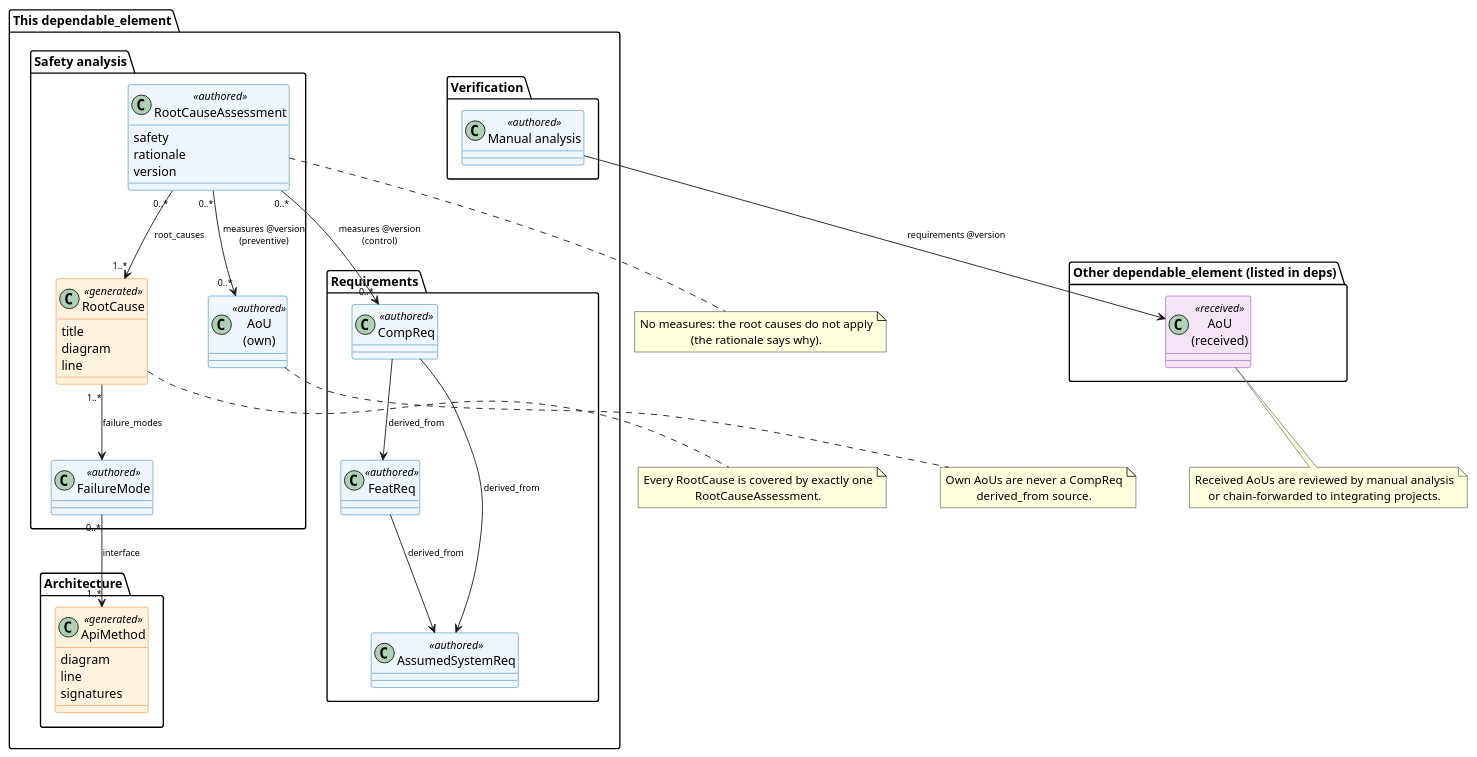
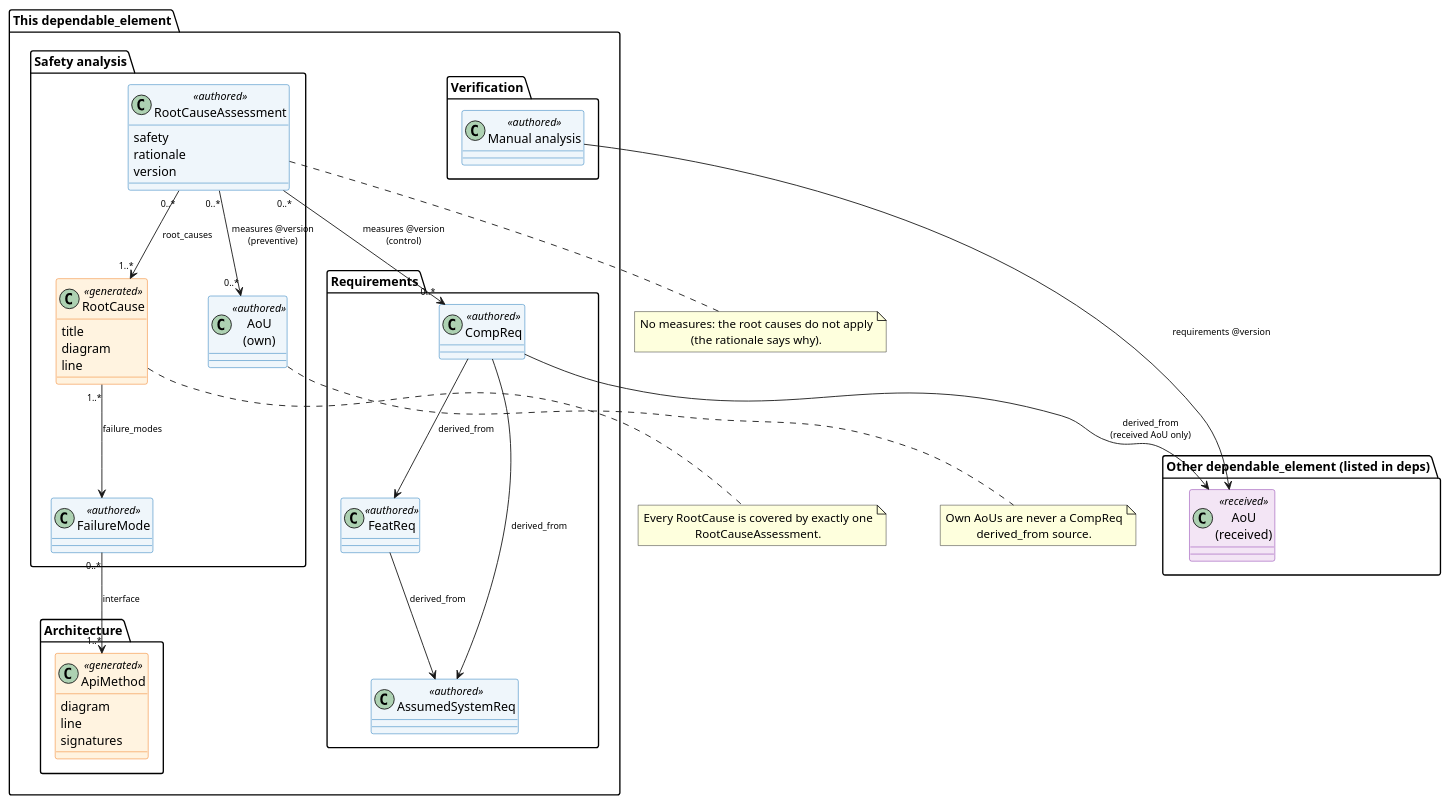
Before and after one commit to eclipse-score/tooling: the diagram in bazel/rules/rules_score/docs/_assets/safety_analysis_linkage.puml, drawn with PlantUML. The commit also changed 50 other files, not shown here.

First line of the commit message:
Cover received AoUs via CompReq derived_from or manual analysis

```diff
--- a/bazel/rules/rules_score/docs/_assets/safety_analysis_linkage.puml
+++ b/bazel/rules/rules_score/docs/_assets/safety_analysis_linkage.puml
@@ -14,96 +14,92 @@
 @startuml safety_analysis_linkage
 
-' Safety-analysis record linkage and received-AoU verification. Arrows point
-' from the referencing artifact to its referenced record.
+' Record linkage of a dependable element's safety analysis.  Arrows point from
+' the referencing record to the referenced one; the label is the TRLC field.
 
 skinparam ArrowFontSize 10
 skinparam defaultTextAlignment center
 skinparam nodesep 60
 skinparam ranksep 70
 
 skinparam class {
     BackgroundColor<<authored>> #EFF6FB
     BorderColor<<authored>>     #0066B1
     BackgroundColor<<generated>> #FFF3E0
     BorderColor<<generated>>     #EF6C00
     BackgroundColor<<received>>  #F3E5F5
     BorderColor<<received>>      #7B1FA2
 }
 
 package "Other dependable_element (listed in deps)" {
     class "AoU\n(received)" as RecvAoU <<received>>
 }
 
 package "This dependable_element" {
     package "Safety analysis" {
         class FailureMode <<authored>>
         class RootCause <<generated>> {
             title
             diagram
             line
         }
         class RootCauseAssessment <<authored>> {
             safety
             rationale
             version
         }
         class "AoU\n(own)" as OwnAoU <<authored>>
     }
 
     package "Architecture" {
         class ApiMethod <<generated>> {
             diagram
             line
             signatures
         }
     }
 
     package "Requirements" {
         class CompReq <<authored>>
         class FeatReq <<authored>>
         class AssumedSystemReq <<authored>>
     }
 
     package "Verification" {
         class "Manual analysis" as ManualAnalysis <<authored>>
     }
 }
 
 ' ── Generated from the public API class diagrams (public_api.trlc) ──────────
 FailureMode "0..*" --> "1..*" ApiMethod : interface
 
 ' ── Generated from the $RootCause macros of the FTA diagrams ────────────────
 RootCause "1..*" --> FailureMode : failure_modes
 
 ' ── Assessment: every RootCause is covered by exactly one assessment ────────
 RootCauseAssessment "0..*" --> "1..*" RootCause : root_causes
 RootCauseAssessment "0..*" --> "0..*" OwnAoU : measures @version\n(preventive)
 RootCauseAssessment "0..*" --> "0..*" CompReq : measures @version\n(control)
 
 ' ── Requirement chain ───────────────────────────────────────────────────────
 CompReq --> FeatReq : derived_from
 CompReq --> AssumedSystemReq : derived_from
+CompReq --> RecvAoU : derived_from\n(received AoU only)
 ManualAnalysis --> RecvAoU : requirements @version
 FeatReq --> AssumedSystemReq : derived_from
-
-note bottom of RecvAoU
-    Received AoUs are reviewed by manual analysis
-    or chain-forwarded to integrating projects.
-end note
 
 note bottom of RootCause
   Every RootCause is covered by exactly one
   RootCauseAssessment.
 end note
 
 note bottom of RootCauseAssessment
   No measures: the root causes do not apply
   (the rationale says why).
 end note
 
 note bottom of OwnAoU
   Own AoUs are never a CompReq
   derived_from source.
 end note
 
 @enduml
```
